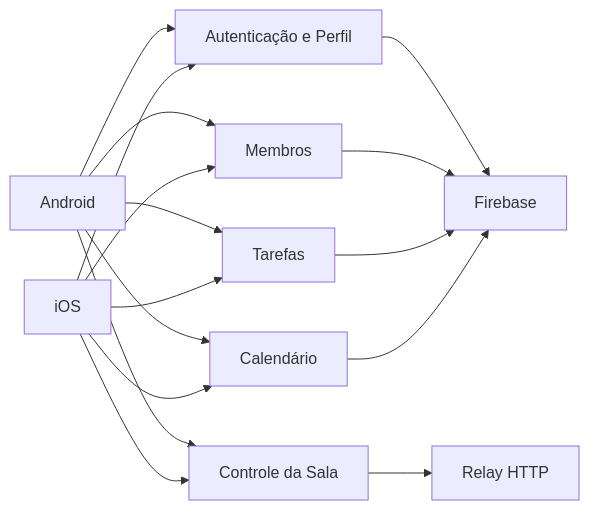
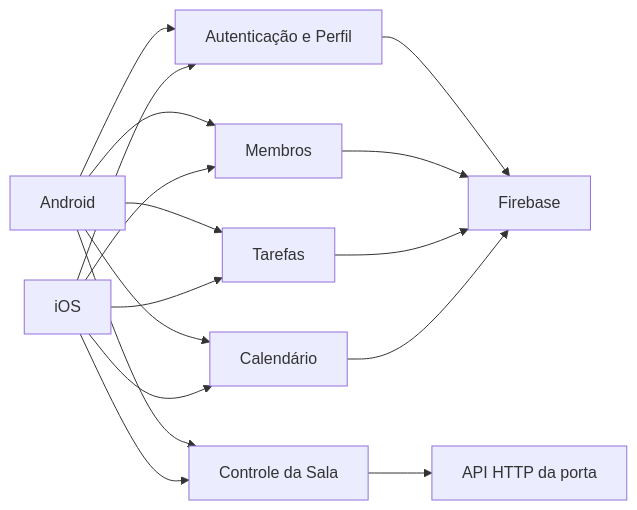
The diagram in docs/modulos/README.md (CSIEEEUFJF/AppRamo), drawn with Mermaid before and after one commit. The commit also changed other lines of this file and 16 other files, not shown here.

````diff
--- a/docs/modulos/README.md
+++ b/docs/modulos/README.md
@@ -9,18 +9,18 @@
 ```mermaid
 flowchart LR
   Auth["Autenticação e Perfil"] --> Firebase["Firebase"]
   Members["Membros"] --> Firebase
   Tasks["Tarefas"] --> Firebase
   Calendar["Calendário"] --> Firebase
-  Room["Controle da Sala"] --> Relay["Relay HTTP"]
+  Room["Controle da Sala"] --> Relay["API HTTP da porta"]
   Android["Android"] --> Auth
   Android --> Members
   Android --> Tasks
   Android --> Calendar
   Android --> Room
   IOS["iOS"] --> Auth
   IOS --> Members
   IOS --> Tasks
   IOS --> Calendar
   IOS --> Room
 ```
````
